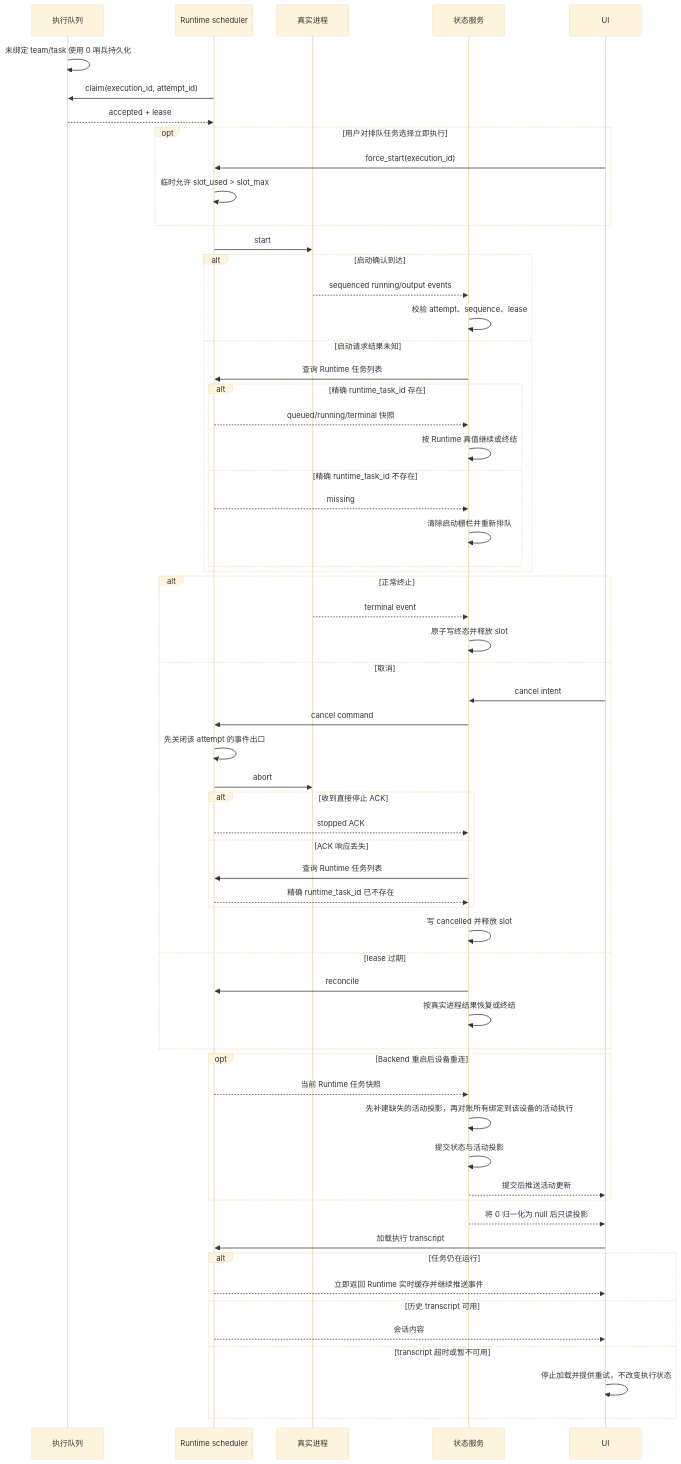
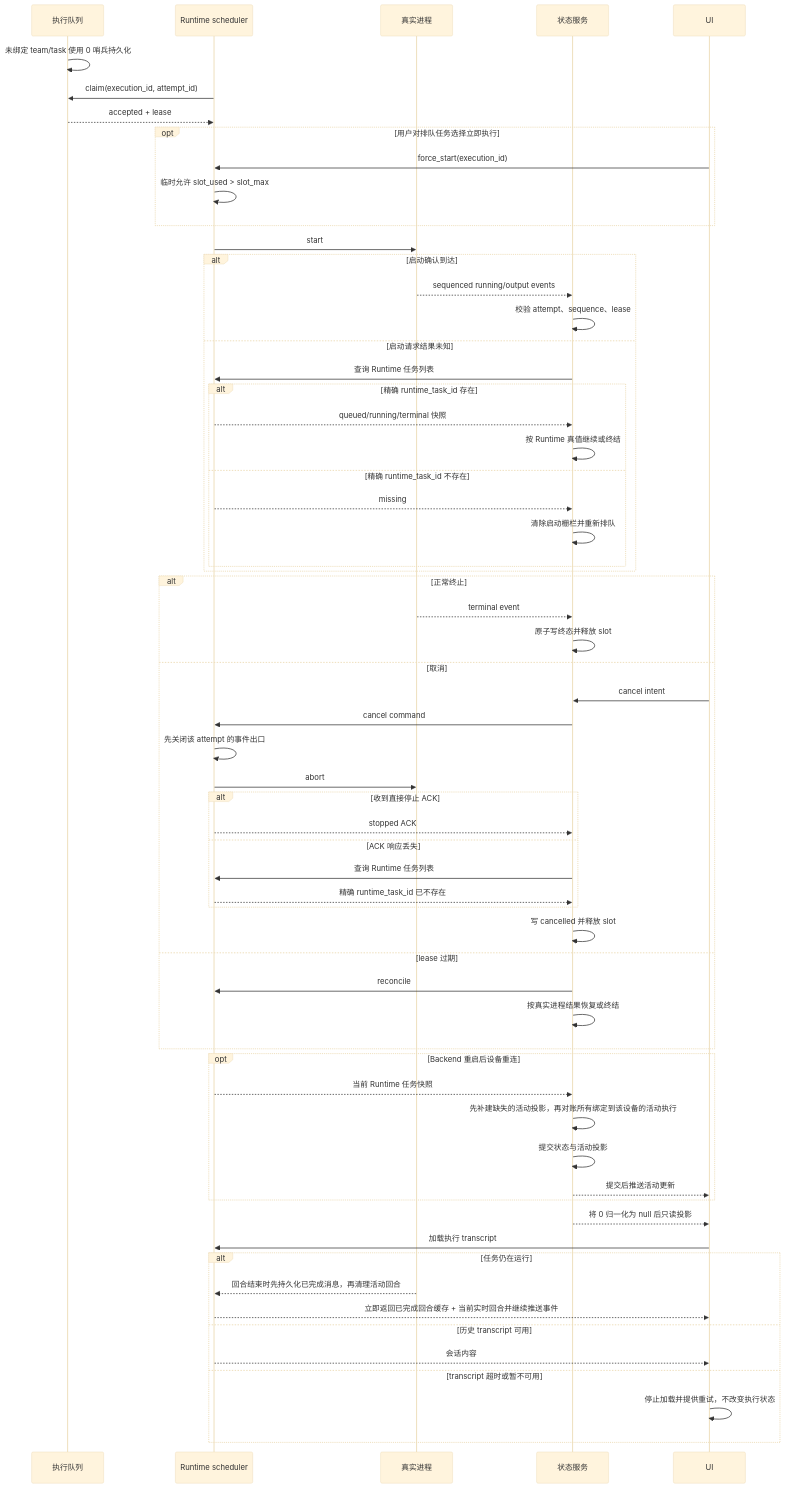
Before and after one commit to wecode-ai/Wegent: the second of 2 diagrams in docs/zh/architecture/project-execution-state.md, drawn with Mermaid (base theme). The commit also changed other lines of this file and 7 other files, not shown here.

````diff
--- a/docs/zh/architecture/project-execution-state.md
+++ b/docs/zh/architecture/project-execution-state.md
@@ -33,64 +34,65 @@
 ```mermaid
 sequenceDiagram
     participant Q as 执行队列
     participant R as Runtime scheduler
     participant P as 真实进程
     participant S as 状态服务
     participant U as UI
 
     Q->>Q: 未绑定 team/task 使用 0 哨兵持久化
     R->>Q: claim(execution_id, attempt_id)
     Q-->>R: accepted + lease
     opt 用户对排队任务选择立即执行
         U->>R: force_start(execution_id)
         R->>R: 临时允许 slot_used > slot_max
     end
     R->>P: start
     alt 启动确认到达
         P-->>S: sequenced running/output events
         S->>S: 校验 attempt、sequence、lease
     else 启动请求结果未知
         S->>R: 查询 Runtime 任务列表
         alt 精确 runtime_task_id 存在
             R-->>S: queued/running/terminal 快照
             S->>S: 按 Runtime 真值继续或终结
         else 精确 runtime_task_id 不存在
             R-->>S: missing
             S->>S: 清除启动栅栏并重新排队
         end
     end
     alt 正常终止
         P-->>S: terminal event
         S->>S: 原子写终态并释放 slot
     else 取消
         U->>S: cancel intent
         S->>R: cancel command
         R->>R: 先关闭该 attempt 的事件出口
         R->>P: abort
         alt 收到直接停止 ACK
             R-->>S: stopped ACK
         else ACK 响应丢失
             S->>R: 查询 Runtime 任务列表
             R-->>S: 精确 runtime_task_id 已不存在
         end
         S->>S: 写 cancelled 并释放 slot
     else lease 过期
         S->>R: reconcile
         S->>S: 按真实进程结果恢复或终结
     end
     opt Backend 重启后设备重连
         R-->>S: 当前 Runtime 任务快照
         S->>S: 先补建缺失的活动投影，再对账所有绑定到该设备的活动执行
         S->>S: 提交状态与活动投影
         S-->>U: 提交后推送活动更新
     end
     S-->>U: 将 0 归一化为 null 后只读投影
     U->>R: 加载执行 transcript
     alt 任务仍在运行
-        R-->>U: 立即返回 Runtime 实时缓存并继续推送事件
+        P-->>R: 回合结束时先持久化已完成消息，再清理活动回合
+        R-->>U: 立即返回已完成回合缓存 + 当前实时回合并继续推送事件
     else 历史 transcript 可用
         R-->>U: 会话内容
     else transcript 超时或暂不可用
         U->>U: 停止加载并提供重试，不改变执行状态
     end
 ```
````
